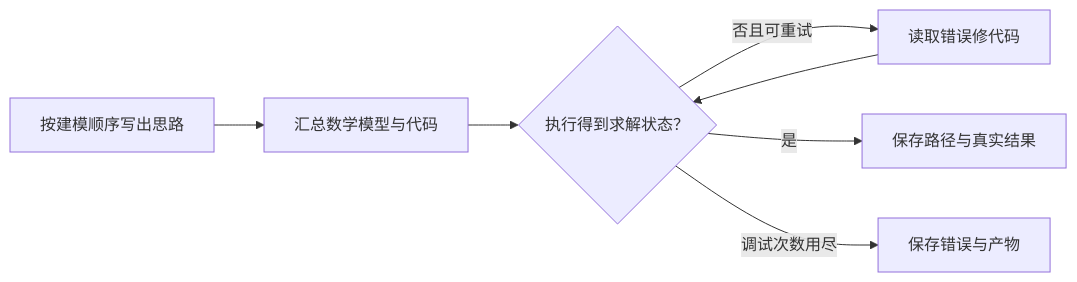
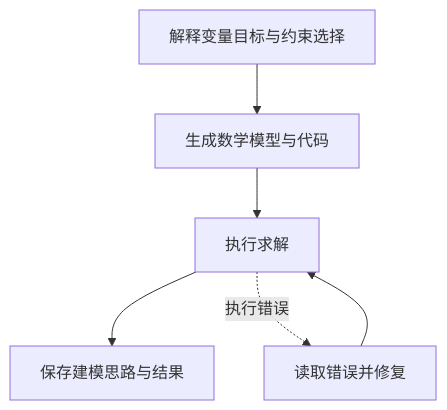
Before and after one commit to Fangziyang0910/LLM4OM: the diagram in website/content/zh/orthought.md, drawn with Mermaid. The commit also changed other lines of this file and 231 other files, not shown here.

````diff
--- a/website/content/zh/orthought.md
+++ b/website/content/zh/orthought.md
@@ -11,9 +11,11 @@
 ```mermaid
-flowchart LR
-  Path["按建模顺序写出思路"] --> Form["汇总数学模型与代码"]
-  Form --> Execute{"执行得到求解状态？"}
-  Execute -->|否且可重试| Debug["读取错误修代码"]
+flowchart TB
+  Path["解释变量目标与约束选择"]
+  Form["生成数学模型与代码"]
+  Execute["执行求解"]
+  Debug["读取错误并修复"]
+  Finish["保存建模思路与结果"]
+  Path --> Form --> Execute --> Finish
+  Execute -.->|执行错误| Debug
   Debug --> Execute
-  Execute -->|是| Finish["保存路径与真实结果"]
-  Execute -->|调试次数用尽| Failed["保存错误与产物"]
 ```
````
